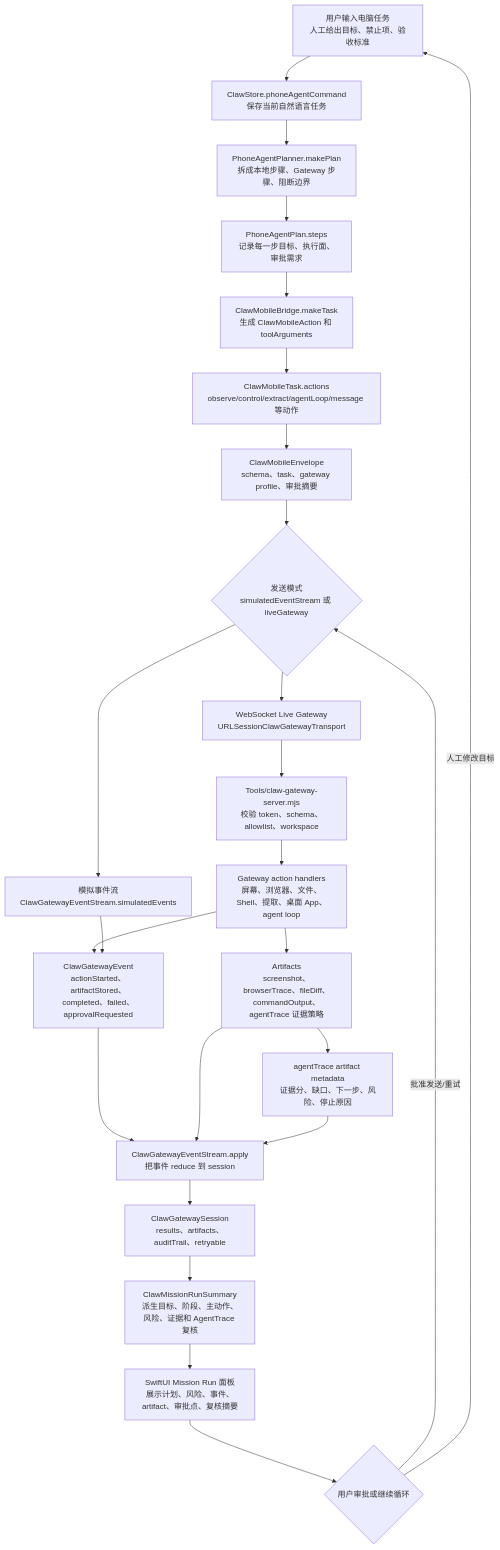
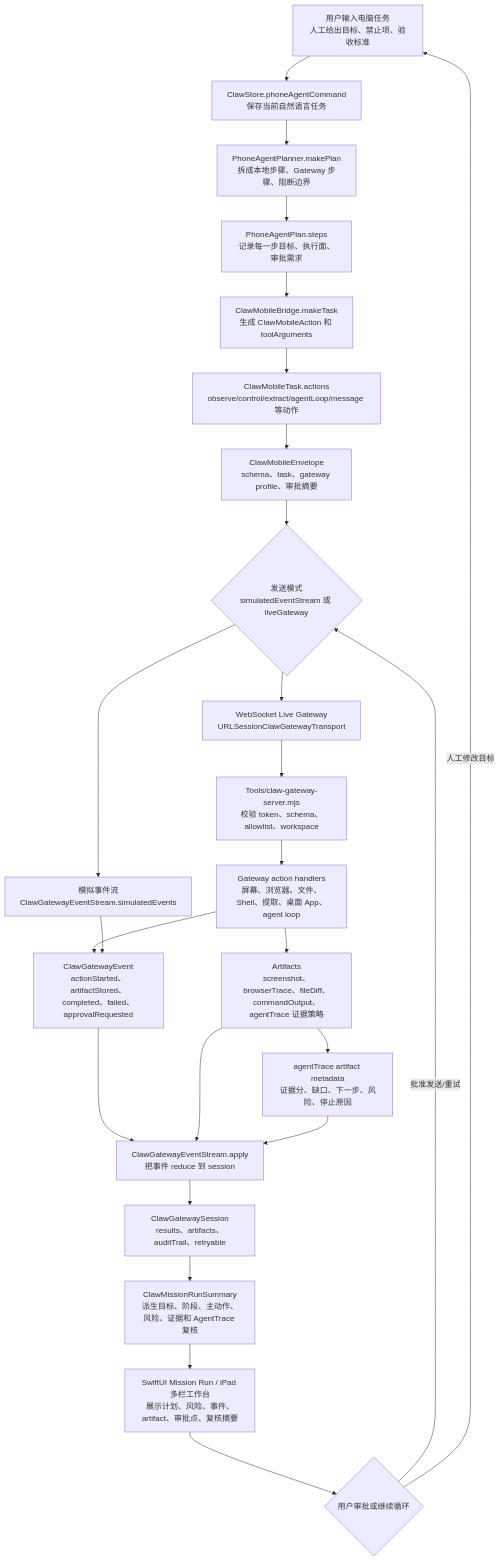
The first of 3 diagrams in md/flow/flowchart.md (Altman-sam114/115), drawn with Mermaid before and after one commit. The commit also changed 6 other files, not shown here.

````diff
--- a/md/flow/flowchart.md
+++ b/md/flow/flowchart.md
@@ -9,27 +9,27 @@
 ```mermaid
 flowchart TD
   U["用户输入电脑任务<br/>人工给出目标、禁止项、验收标准"] --> S["ClawStore.phoneAgentCommand<br/>保存当前自然语言任务"]
   S --> P["PhoneAgentPlanner.makePlan<br/>拆成本地步骤、Gateway 步骤、阻断边界"]
   P --> T["PhoneAgentPlan.steps<br/>记录每一步目标、执行面、审批需求"]
   T --> B["ClawMobileBridge.makeTask<br/>生成 ClawMobileAction 和 toolArguments"]
   B --> A["ClawMobileTask.actions<br/>observe/control/extract/agentLoop/message 等动作"]
   A --> E["ClawMobileEnvelope<br/>schema、task、gateway profile、审批摘要"]
   E --> M{"发送模式<br/>simulatedEventStream 或 liveGateway"}
   M --> SIM["模拟事件流<br/>ClawGatewayEventStream.simulatedEvents"]
   M --> LIVE["WebSocket Live Gateway<br/>URLSessionClawGatewayTransport"]
   LIVE --> G["Tools/claw-gateway-server.mjs<br/>校验 token、schema、allowlist、workspace"]
   G --> H["Gateway action handlers<br/>屏幕、浏览器、文件、Shell、提取、桌面 App、agent loop"]
   H --> ART["Artifacts<br/>screenshot、browserTrace、fileDiff、commandOutput、agentTrace 证据策略"]
   ART --> META["agentTrace artifact metadata<br/>证据分、缺口、下一步、风险、停止原因"]
   H --> EVT["ClawGatewayEvent<br/>actionStarted、artifactStored、completed、failed、approvalRequested"]
   SIM --> EVT
   EVT --> R["ClawGatewayEventStream.apply<br/>把事件 reduce 到 session"]
   ART --> R
   META --> R
   R --> SES["ClawGatewaySession<br/>results、artifacts、auditTrail、retryable"]
   SES --> RUN["ClawMissionRunSummary<br/>派生目标、阶段、主动作、风险、证据和 AgentTrace 复核"]
-  RUN --> UI["SwiftUI Mission Run 面板<br/>展示计划、风险、事件、artifact、审批点、复核摘要"]
+  RUN --> UI["SwiftUI Mission Run / iPad 多栏工作台<br/>展示计划、风险、事件、artifact、审批点、复核摘要"]
   UI --> LOOP{"用户审批或继续循环"}
   LOOP -->|"批准发送/重试"| M
   LOOP -->|"人工修改目标"| U
 ```
````
